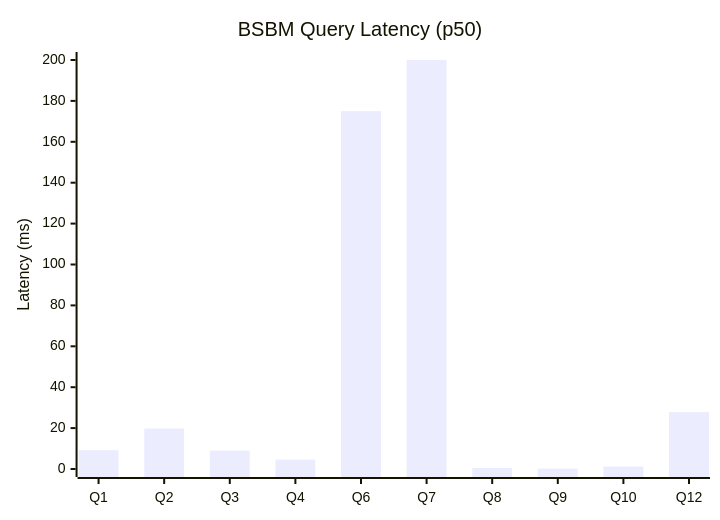
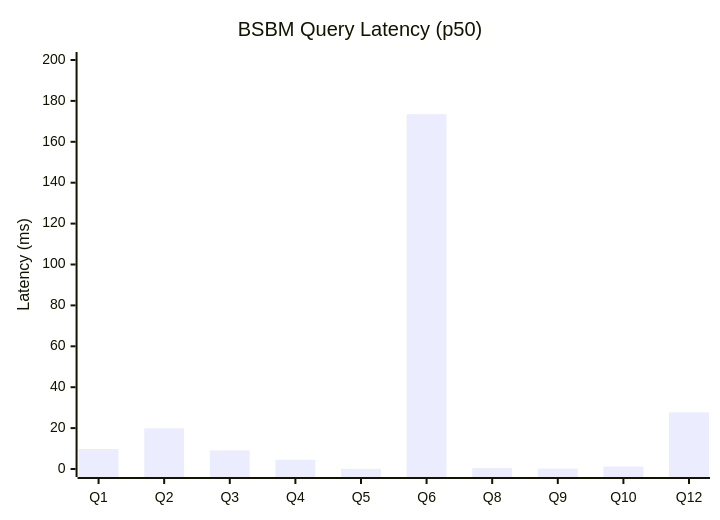
The second of 3 diagrams in guides/benchmarks/bsbm.md (pcharbon70/triple_store), drawn with Mermaid before and after one commit. The commit also changed other lines of this file and 2 other files, not shown here.

````diff
--- a/guides/benchmarks/bsbm.md
+++ b/guides/benchmarks/bsbm.md
@@ -87,7 +88,7 @@
 ```mermaid
 xychart-beta
     title "BSBM Query Latency (p50)"
-    x-axis [Q1, Q2, Q3, Q4, Q6, Q7, Q8, Q9, Q10, Q12]
+    x-axis [Q1, Q2, Q3, Q4, Q5, Q6, Q8, Q9, Q10, Q12]
     y-axis "Latency (ms)" 0 --> 200
-    bar [9.2, 19.8, 9.0, 4.6, 175.0, 200, 0.5, 0.2, 1.2, 27.8]
+    bar [9.8, 19.9, 9.1, 4.5, 0.05, 173.5, 0.5, 0.2, 1.2, 27.7]
 ```
````
